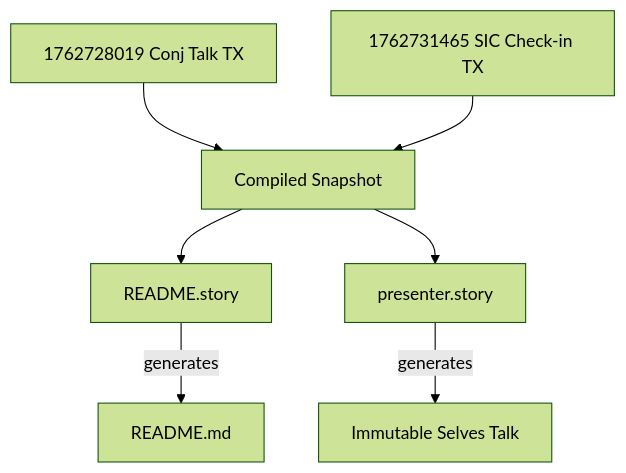
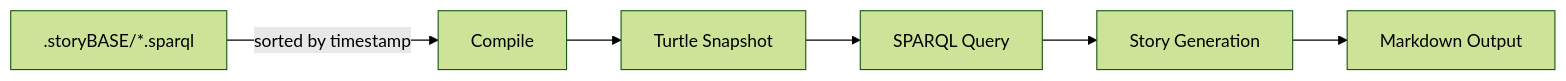
Before and after one commit to Synthetic-Identity-Co/conj-talk-2025: the first of 2 diagrams in README.md, drawn with Mermaid (forest theme). The commit also changed other lines of this file, not shown here.

Commit message:
story:  75568655c8d9d6d97da21064b56c0dd110161b71

````diff
--- a/README.md
+++ b/README.md
@@ -55,9 +72,8 @@
 ```mermaid
-graph TD
-    TX1[1762728019 Conj Talk TX] --> SNAP[Compiled Snapshot]
-    TX2[1762731465 SIC Check-in TX] --> SNAP
-    SNAP --> README[README.story]
-    SNAP --> PRES[presenter.story]
-    README -->|generates| READMEMD[README.md]
-    PRES -->|generates| TALK[Immutable Selves Talk]
+graph LR
+    A[.storyBASE/*.sparql] -->|sorted by timestamp| B[Compile]
+    B --> C[Turtle Snapshot]
+    C --> D[SPARQL Query]
+    D --> E[Story Generation]
+    E --> F[Markdown Output]
 ```
````
